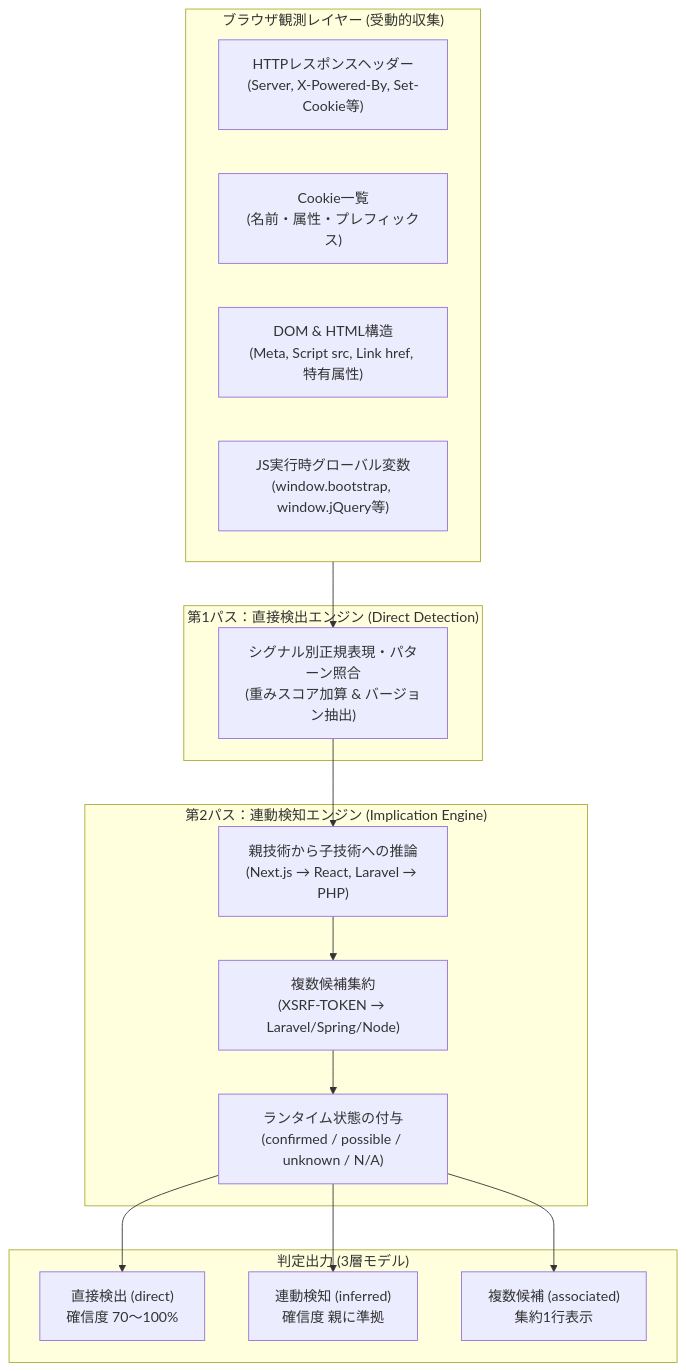
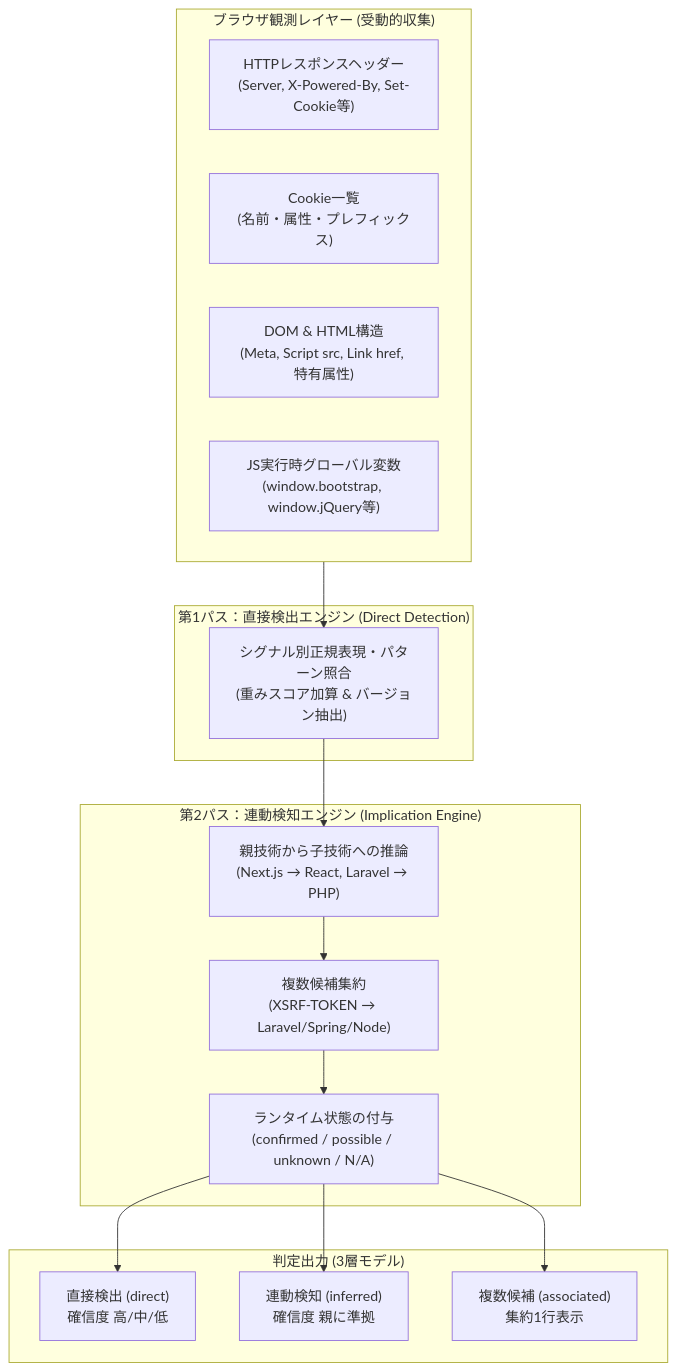
Before and after one commit to moritama/web-inspector: the first of 3 diagrams in docs/DETECTION_SPECIFICATION.md, drawn with Mermaid. The commit also changed other lines of this file and 9 other files, not shown here.

````diff
--- a/docs/DETECTION_SPECIFICATION.md
+++ b/docs/DETECTION_SPECIFICATION.md
@@ -18,33 +18,33 @@
 ```mermaid
 flowchart TD
     subgraph Browser["ブラウザ観測レイヤー (受動的収集)"]
         H["HTTPレスポンスヘッダー<br/>(Server, X-Powered-By, Set-Cookie等)"]
         C["Cookie一覧<br/>(名前・属性・プレフィックス)"]
         D["DOM & HTML構造<br/>(Meta, Script src, Link href, 特有属性)"]
         R["JS実行時グローバル変数<br/>(window.bootstrap, window.jQuery等)"]
     end
 
     subgraph Pass1["第1パス：直接検出エンジン (Direct Detection)"]
         DirectMatch["シグナル別正規表現・パターン照合<br/>(重みスコア加算 & バージョン抽出)"]
     end
 
     subgraph Pass2["第2パス：連動検知エンジン (Implication Engine)"]
         ParentChild["親技術から子技術への推論<br/>(Next.js → React, Laravel → PHP)"]
         CandidateGroup["複数候補集約<br/>(XSRF-TOKEN → Laravel/Spring/Node)"]
         StatusAssign["ランタイム状態の付与<br/>(confirmed / possible / unknown / N/A)"]
     end
 
     subgraph Result["判定出力 (3層モデル)"]
-        O_Direct["直接検出 (direct)<br/>確信度 70〜100%"]
+        O_Direct["直接検出 (direct)<br/>確信度 高/中/低"]
         O_Inferred["連動検知 (inferred)<br/>確信度 親に準拠"]
         O_Assoc["複数候補 (associated)<br/>集約1行表示"]
     end
 
     Browser --> DirectMatch
     DirectMatch --> ParentChild
     ParentChild --> CandidateGroup
     CandidateGroup --> StatusAssign
     StatusAssign --> O_Direct
     StatusAssign --> O_Inferred
     StatusAssign --> O_Assoc
 ```
````
